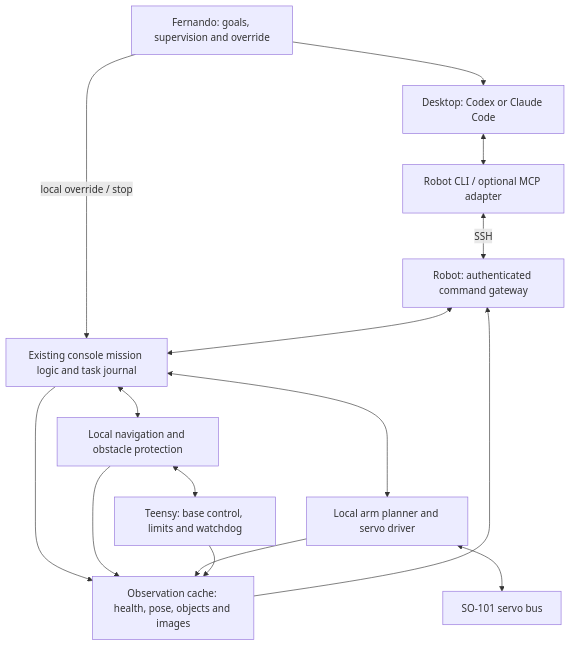
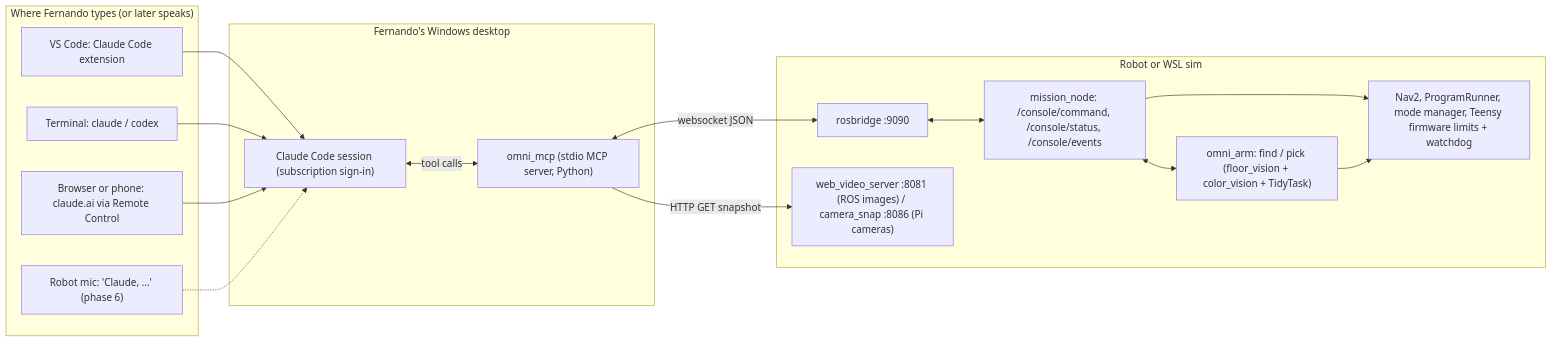
The diagram in ai_robot_architecture.md (fernandomierhicks/omni-robot), drawn with Mermaid before and after one commit. The commit also changed other lines of this file and 702 other files, not shown here.

First line of the commit message:
Snapshot workspace: CAD v10/v11, firmware, ROS, console, sims, characterization

````diff
--- a/ai_robot_architecture.md
+++ b/ai_robot_architecture.md
@@ -32,28 +44,31 @@
 ```mermaid
-flowchart TB
-    User["Fernando: goals, supervision and override"]
-    AI["Desktop: Codex or Claude Code"]
-    Tools["Robot CLI / optional MCP adapter"]
-    Gateway["Robot: authenticated command gateway"]
-    Mission["Existing console mission logic and task journal"]
-    Nav["Local navigation and obstacle protection"]
-    Arm["Local arm planner and servo driver"]
-    MCU["Teensy: base control, limits and watchdog"]
-    Servos["SO-101 servo bus"]
-    Observe["Observation cache: health, pose, objects and images"]
-
-    User --> AI
-    User -->|"local override / stop"| Mission
-    AI <--> Tools
-    Tools <-->|"SSH"| Gateway
-    Gateway <--> Mission
-    Mission <--> Nav
-    Mission <--> Arm
-    Nav <--> MCU
-    Arm <--> Servos
-    Mission --> Observe
-    Nav --> Observe
-    Arm --> Observe
-    MCU --> Observe
-    Observe --> Gateway
+flowchart LR
+    subgraph Where["Where Fernando types (or later speaks)"]
+        VS["VS Code: Claude Code extension"]
+        CLI["Terminal: claude / codex"]
+        WEB["Browser or phone: claude.ai via Remote Control"]
+        VOICE["Robot mic: 'Claude, ...' (phase 6)"]
+    end
+    subgraph Desktop["Fernando's Windows desktop"]
+        CC["Claude Code session (subscription sign-in)"]
+        MCP["omni_mcp (stdio MCP server, Python)"]
+    end
+    subgraph Robot["Robot or WSL sim"]
+        RB["rosbridge :9090"]
+        MN["mission_node: /console/command, /console/status, /console/events"]
+        ARM["omni_arm: find / pick (floor_vision + color_vision + TidyTask)"]
+        VID["web_video_server :8081 (ROS images) / camera_snap :8086 (Pi cameras)"]
+        LOW["Nav2, ProgramRunner, mode manager, Teensy firmware limits + watchdog"]
+    end
+    VS --> CC
+    CLI --> CC
+    WEB --> CC
+    VOICE -.-> CC
+    CC <-->|"tool calls"| MCP
+    MCP <-->|"websocket JSON"| RB
+    MCP -->|"HTTP GET snapshot"| VID
+    RB <--> MN
+    MN <--> ARM
+    MN --> LOW
+    ARM --> LOW
 ```
````
